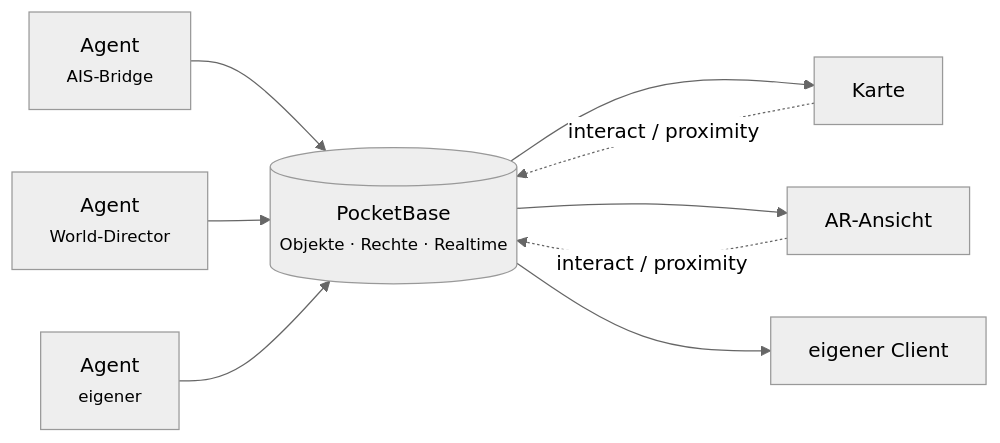
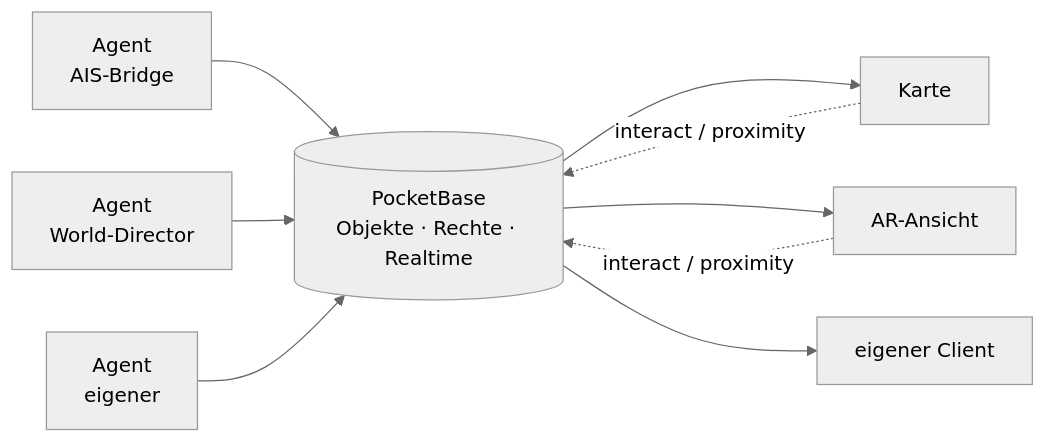
One commit to blckwngd/Ajna changed the diagram in wiki/Home.md. Above: the diagram before and after it, drawn with Mermaid (neutral theme). The commit also changed other lines of this file and 11 other files, not shown here.

````diff
--- a/wiki/Home.md
+++ b/wiki/Home.md
@@ -25,12 +69,12 @@
 ```mermaid
 flowchart LR
-  A1["Agent<br/><small>AIS-Bridge</small>"] --> PB
-  A2["Agent<br/><small>World-Director</small>"] --> PB
-  A3["Agent<br/><small>eigener</small>"] --> PB
-  PB[("PocketBase<br/><small>Objekte · Rechte · Realtime</small>")]
+  A1["Agent<br/>AIS-Bridge"] --> PB
+  A2["Agent<br/>World-Director"] --> PB
+  A3["Agent<br/>eigener"] --> PB
+  PB[("PocketBase<br/>Objekte · Rechte · Realtime")]
   PB --> V1["Karte"]
   PB --> V2["AR-Ansicht"]
   PB --> V3["eigener Client"]
   V1 -. "interact / proximity" .-> PB
   V2 -. "interact / proximity" .-> PB
 ```
````
